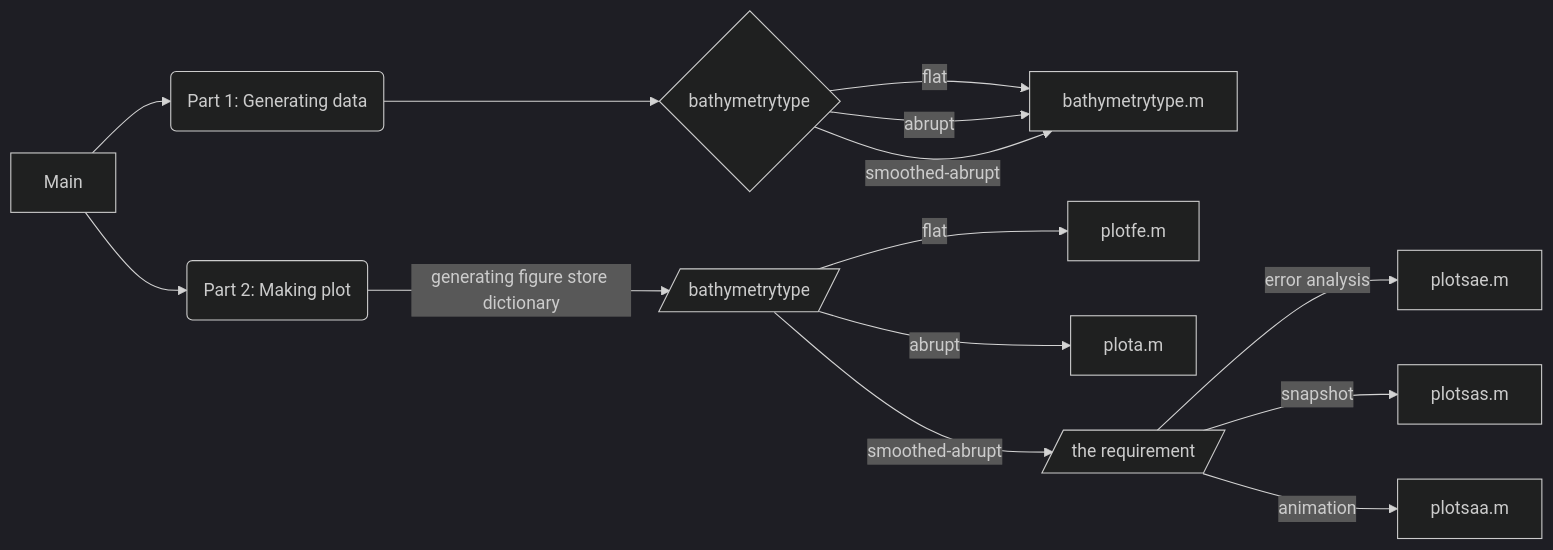
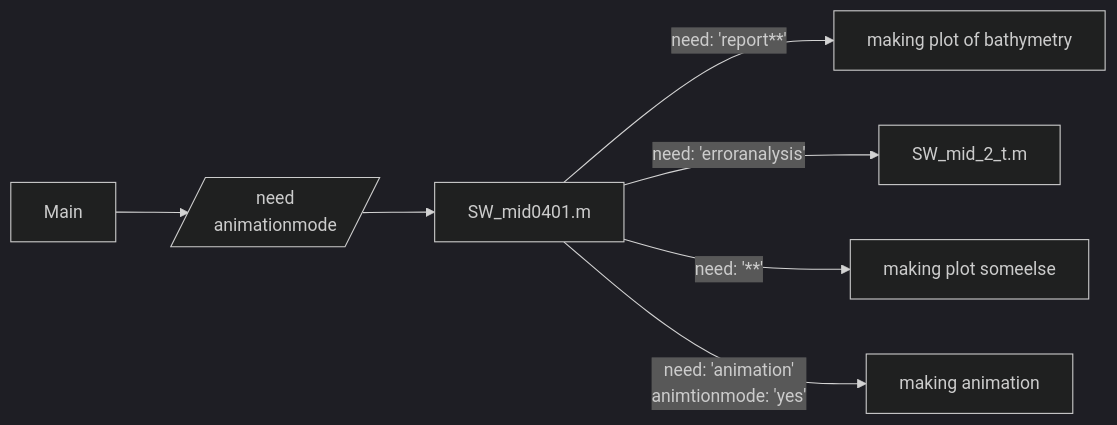
The diagram in Midterm/Readme.md (Awecean/Computational-Method-of-Shallow-Water-Wave), drawn with Mermaid (dark theme) before and after one commit. The commit also changed other lines of this file, not shown here.

````diff
--- a/Midterm/Readme.md
+++ b/Midterm/Readme.md
@@ -8,20 +8,12 @@
 ```mermaid
 graph LR
-   A[Main]-->B(Part 1: Generating data)
-   A[Main]-->C(Part 2: Making plot)
+   A[Main]-->B[/need<Br> animationmode/]
+   B --> C[SW_mid0401.m]
+   C -->|need: 'report**'| D[making plot of bathymetry]
+   C -->|need: 'erroranalysis'| E[SW_mid_2_t.m]
+   C -->|need: '**'| F[making plot someelse]
+   C -->|need: 'animation'<Br> animtionmode: 'yes'| G[making animation]
+
    
-   B --> D{bathymetrytype}
-   D -->|flat| E[bathymetrytype.m]
-   D -->|abrupt| E
-   D -->|smoothed-abrupt| E
-
-   C --> |generating figure store dictionary| F[/bathymetrytype/]
-   F --> |flat| G[plotfe.m]
-   F --> |abrupt| H[plota.m]
-   F --> |smoothed-abrupt| I[/the requirement/]
-
-   I --> |error analysis| J[plotsae.m]
-   I --> |snapshot| K[plotsas.m]
-   I --> |animation| L[plotsaa.m]
 
 ```
````
